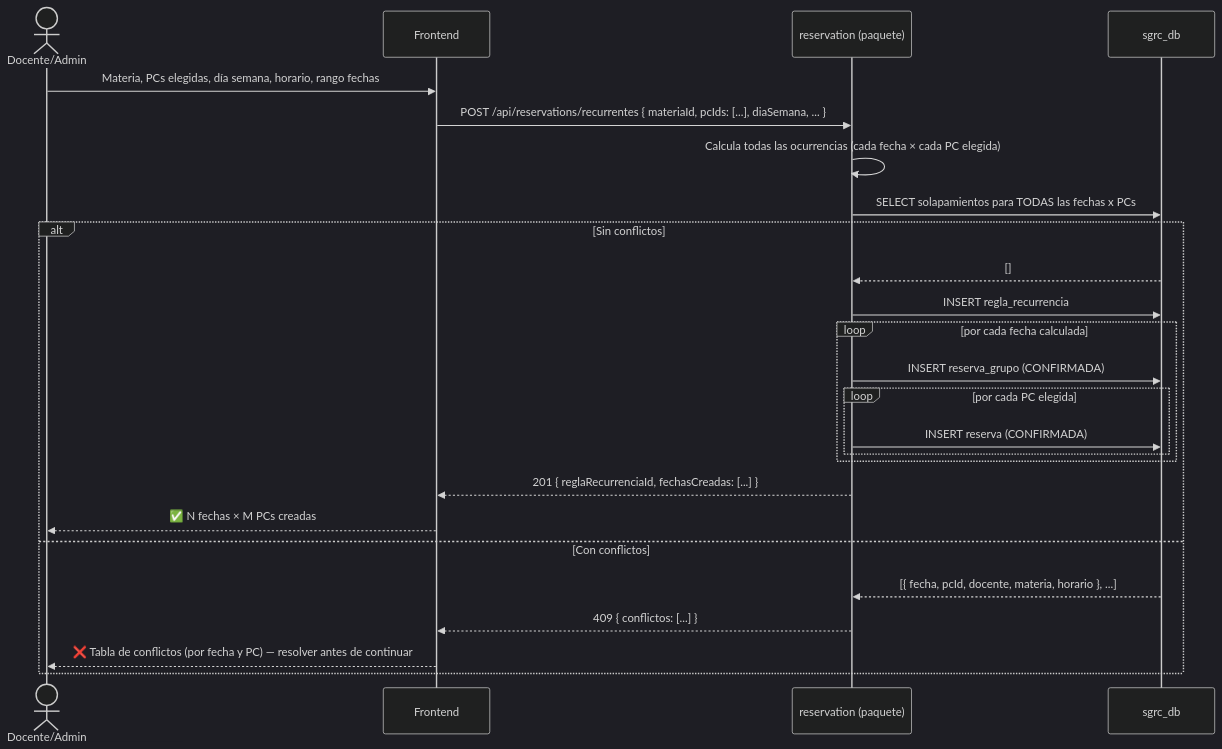
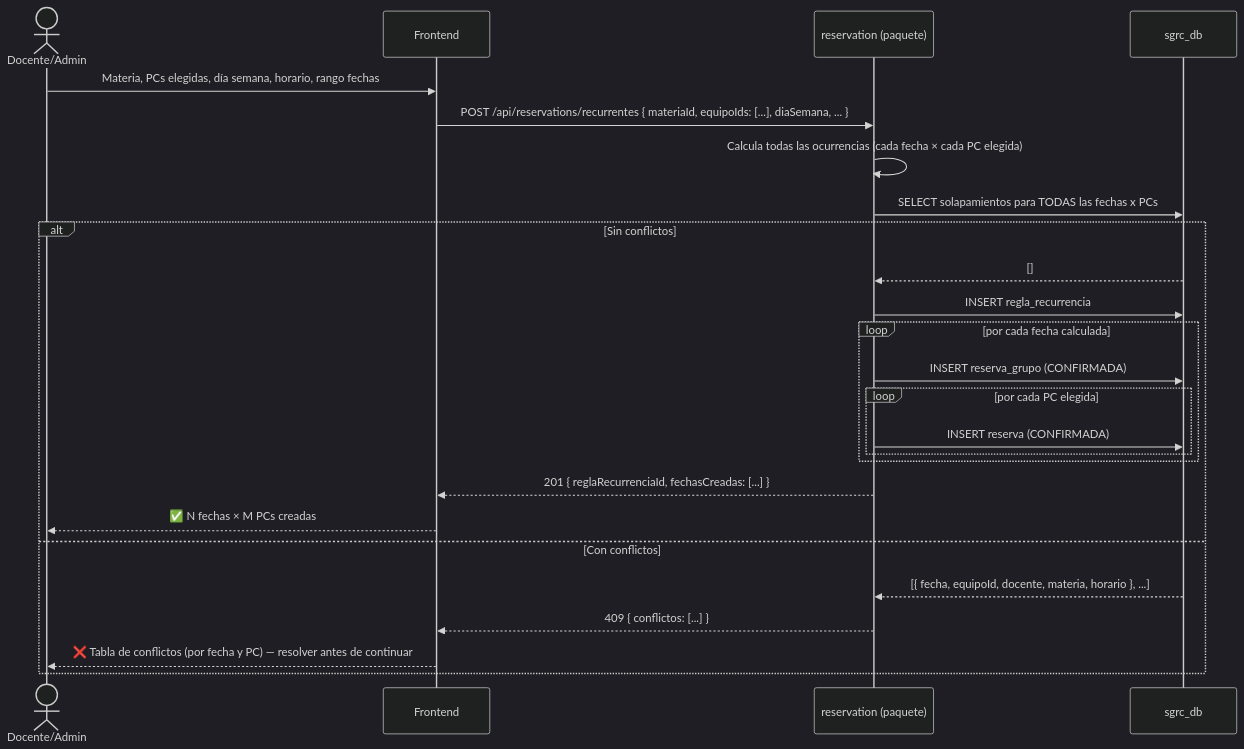
One commit to agustin-y2k/sgrc changed the fourth of 13 diagrams in docs/04-diagramas-secuencia.md. Above: the diagram before and after it, drawn with Mermaid (dark theme). The commit also changed other lines of this file and 140 other files, not shown here.

````diff
--- a/docs/04-diagramas-secuencia.md
+++ b/docs/04-diagramas-secuencia.md
@@ -128,28 +128,28 @@
 ```mermaid
 sequenceDiagram
     actor U as Docente/Admin
     participant FE as Frontend
     participant RES as reservation (paquete)
     participant DB as sgrc_db
 
     U->>FE: Materia, PCs elegidas, día semana, horario, rango fechas
-    FE->>RES: POST /api/reservations/recurrentes { materiaId, pcIds: [...], diaSemana, ... }
+    FE->>RES: POST /api/reservations/recurrentes { materiaId, equipoIds: [...], diaSemana, ... }
     RES->>RES: Calcula todas las ocurrencias (cada fecha × cada PC elegida)
     RES->>DB: SELECT solapamientos para TODAS las fechas x PCs
     alt Sin conflictos
         DB-->>RES: []
         RES->>DB: INSERT regla_recurrencia
         loop por cada fecha calculada
             RES->>DB: INSERT reserva_grupo (CONFIRMADA)
             loop por cada PC elegida
                 RES->>DB: INSERT reserva (CONFIRMADA)
             end
         end
         RES-->>FE: 201 { reglaRecurrenciaId, fechasCreadas: [...] }
         FE-->>U: ✅ N fechas × M PCs creadas
     else Con conflictos
-        DB-->>RES: [{ fecha, pcId, docente, materia, horario }, ...]
+        DB-->>RES: [{ fecha, equipoId, docente, materia, horario }, ...]
         RES-->>FE: 409 { conflictos: [...] }
         FE-->>U: ❌ Tabla de conflictos (por fecha y PC) — resolver antes de continuar
     end
 ```
````
